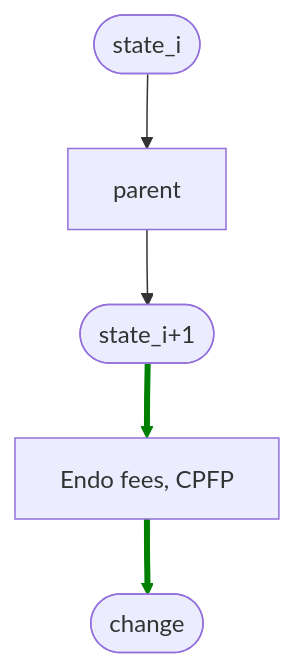
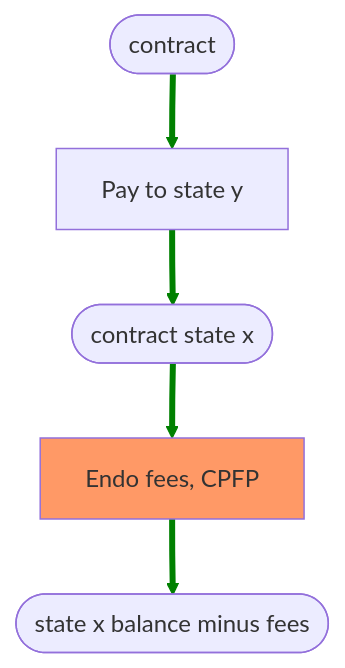
The third of 10 diagrams in archive/rendered-topics/2024-02-February/2024-02-01-taxonomy-of-transaction-fees-in-smart-contracts-id512.md (jamesob/delving-bitcoin-archive), drawn with Mermaid before and after one commit. The commit also changed other lines of this file and 2 other files, not shown here.

````diff
--- a/archive/rendered-topics/2024-02-February/2024-02-01-taxonomy-of-transaction-fees-in-smart-contracts-id512.md
+++ b/archive/rendered-topics/2024-02-February/2024-02-01-taxonomy-of-transaction-fees-in-smart-contracts-id512.md
@@ -83,10 +93,14 @@
 ```mermaid height=450,auto
 flowchart TD
-    Pi3([state_i]) --> P3[parent]
-    P3 --> Po3([state_i+1])
-    Po3 --> C3[Endo fees, CPFP]
-    C3 --> Co3([change])
+    Pi3([contract])
+    Pi3 --> Pc[Pay to state y]
+    Pc --> Po3([contract state x])
+    Po3 --> C3[Endo fees, CPFP]:::rbf
+    C3 --> Co3([state x balance minus fees])
     
+    classDef rbf fill:#f96
+    linkStyle 0 stroke-width:4px,stroke:green
+    linkStyle 1 stroke-width:4px,stroke:green
     linkStyle 2 stroke-width:4px,stroke:green
     linkStyle 3 stroke-width:4px,stroke:green
 ```
````
